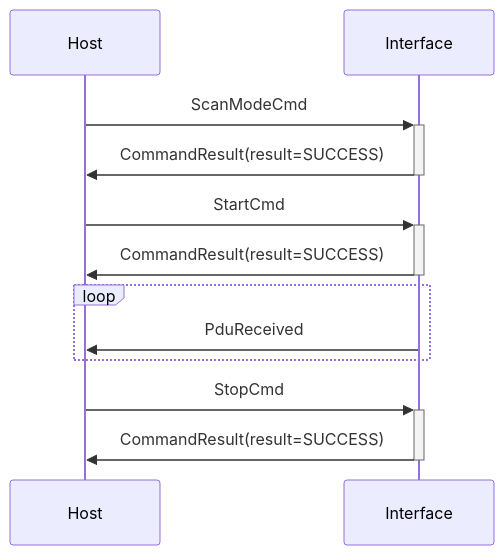
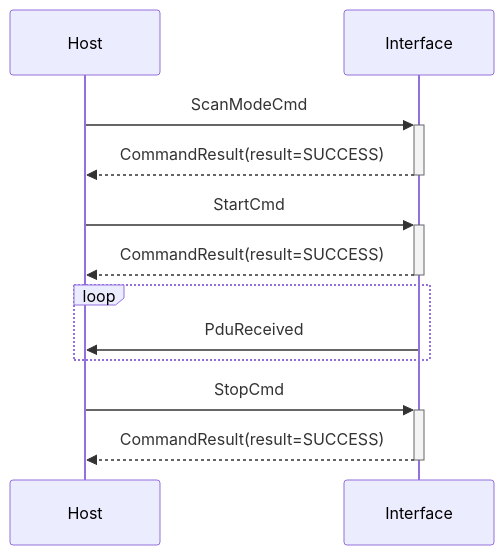
Before and after one commit to whad-team/whad-protocol: the second of 4 diagrams in docs/source/domain/ble.rst, drawn with Mermaid. The commit also changed other lines of this file and 1 other file, not shown here.

```diff
--- a/docs/source/domain/ble.rst
+++ b/docs/source/domain/ble.rst
@@ -20,14 +49,14 @@
 .. mermaid::
 
     sequenceDiagram
         participant Host
         participant Interface
         Host->>+Interface: ScanModeCmd
-        Interface->>-Host: CommandResult(result=SUCCESS)
+        Interface-->>-Host: CommandResult(result=SUCCESS)
         Host->>+Interface: StartCmd
-        Interface->>-Host: CommandResult(result=SUCCESS)
+        Interface-->>-Host: CommandResult(result=SUCCESS)
         loop
             Interface->>Host: PduReceived
         end
         Host->>+Interface: StopCmd
-        Interface->>-Host: CommandResult(result=SUCCESS)
+        Interface-->>-Host: CommandResult(result=SUCCESS)
```
